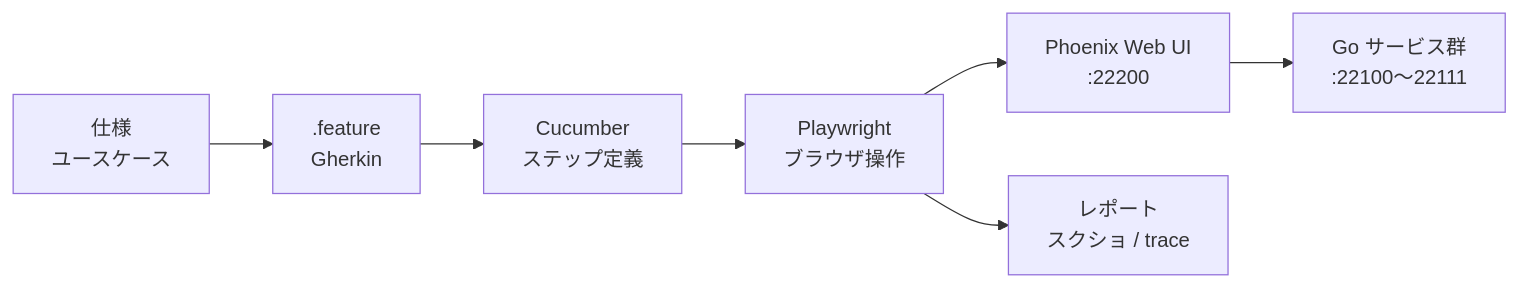
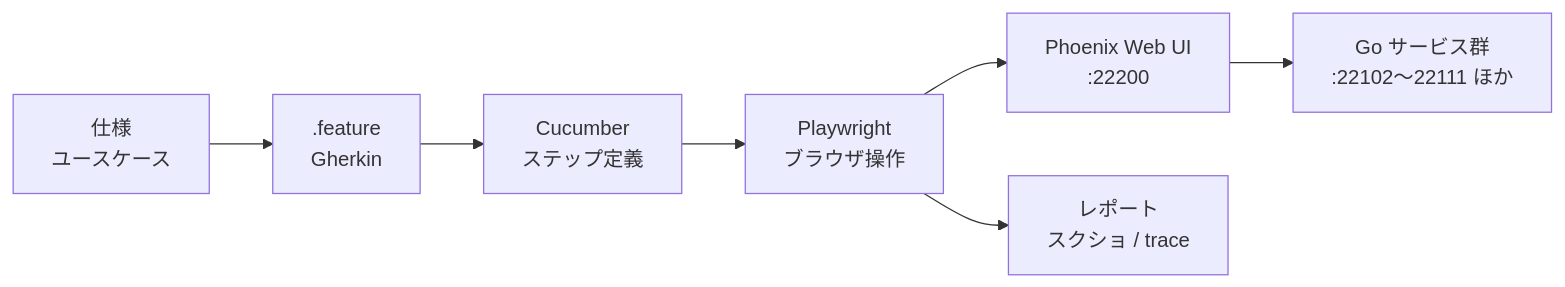
The diagram in README.md (makoto-developer/gherkin-cucumber-playwright-app), drawn with Mermaid before and after one commit. The commit also changed other lines of this file, not shown here.

````diff
--- a/README.md
+++ b/README.md
@@ -117,9 +117,9 @@
 ```mermaid
 flowchart LR
     S["仕様<br/>ユースケース"] --> F[".feature<br/>Gherkin"]
     F --> C["Cucumber<br/>ステップ定義"]
     C --> P["Playwright<br/>ブラウザ操作"]
     P --> W["Phoenix Web UI<br/>:22200"]
-    W --> M["Go サービス群<br/>:22100〜22111"]
+    W --> M["Go サービス群<br/>:22102〜22111 ほか"]
     P --> R["レポート<br/>スクショ / trace"]
 ```
````
